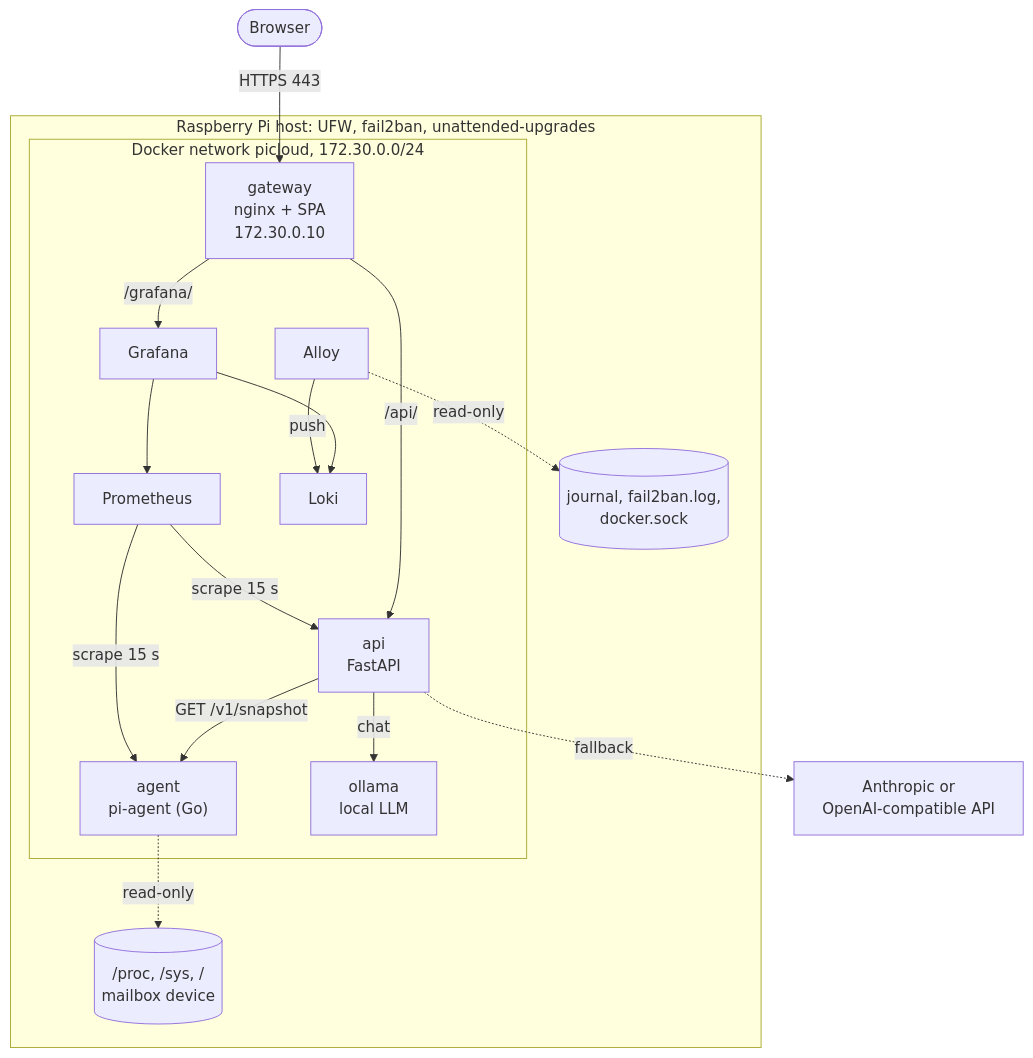
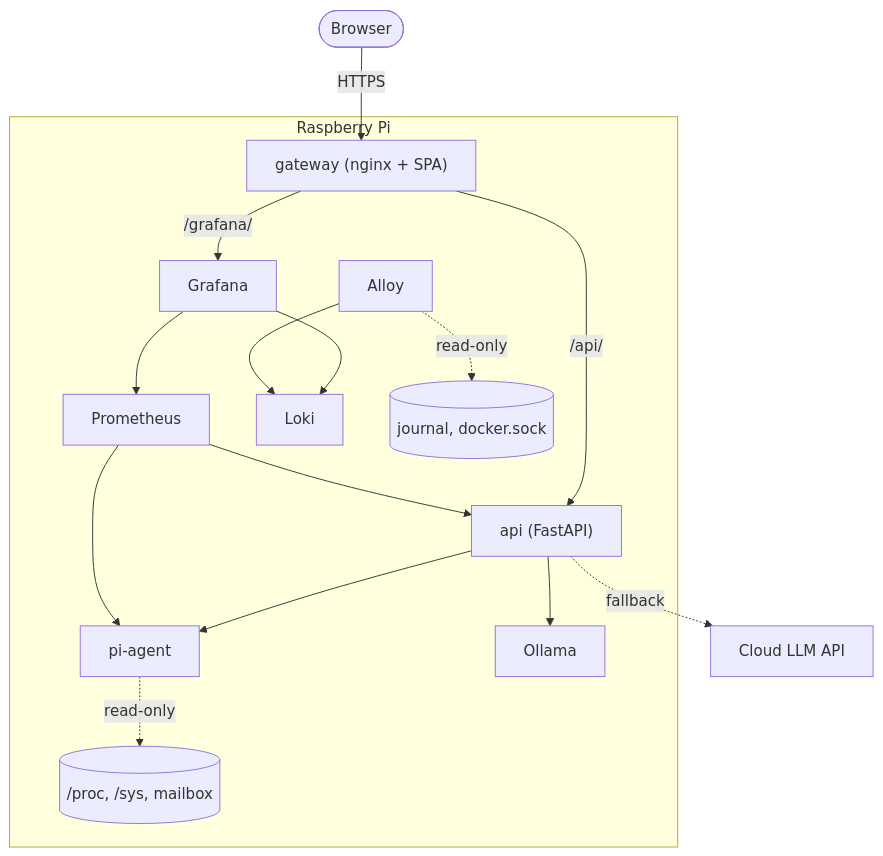
Before and after one commit to Reec1e33/proj2-raspPI-ai-server: the first of 2 diagrams in docs/architecture.md, drawn with Mermaid. The commit also changed other lines of this file and 19 other files, not shown here.

````diff
--- a/docs/architecture.md
+++ b/docs/architecture.md
@@ -13,34 +8,30 @@
 ```mermaid
 flowchart TB
   browser(["Browser"])
-  cloud["Anthropic or<br/>OpenAI-compatible API"]
-
-  subgraph pi["Raspberry Pi host: UFW, fail2ban, unattended-upgrades"]
-    subgraph net["Docker network picloud, 172.30.0.0/24"]
-      gateway["gateway<br/>nginx + SPA<br/>172.30.0.10"]
-      api["api<br/>FastAPI"]
-      agent["agent<br/>pi-agent (Go)"]
-      ollama["ollama<br/>local LLM"]
-      prometheus["Prometheus"]
-      grafana["Grafana"]
-      loki["Loki"]
-      alloy["Alloy"]
-    end
-    hostfs[("/proc, /sys, /<br/>mailbox device")]
-    hostlogs[("journal, fail2ban.log,<br/>docker.sock")]
+  cloud["Cloud LLM API"]
+  subgraph pi["Raspberry Pi"]
+    gateway["gateway (nginx + SPA)"]
+    api["api (FastAPI)"]
+    agent["pi-agent"]
+    ollama["Ollama"]
+    prometheus["Prometheus"]
+    grafana["Grafana"]
+    loki["Loki"]
+    alloy["Alloy"]
+    hostfs[("/proc, /sys, mailbox")]
+    hostlogs[("journal, docker.sock")]
   end
-
-  browser -- "HTTPS 443" --> gateway
+  browser -- "HTTPS" --> gateway
   gateway -- "/api/" --> api
   gateway -- "/grafana/" --> grafana
-  api -- "GET /v1/snapshot" --> agent
-  api -- "chat" --> ollama
+  api --> agent
+  api --> ollama
   api -. "fallback" .-> cloud
   agent -. "read-only" .-> hostfs
-  prometheus -- "scrape 15 s" --> agent
-  prometheus -- "scrape 15 s" --> api
+  prometheus --> agent
+  prometheus --> api
   grafana --> prometheus
   grafana --> loki
-  alloy -- "push" --> loki
+  alloy --> loki
   alloy -. "read-only" .-> hostlogs
 ```
````
